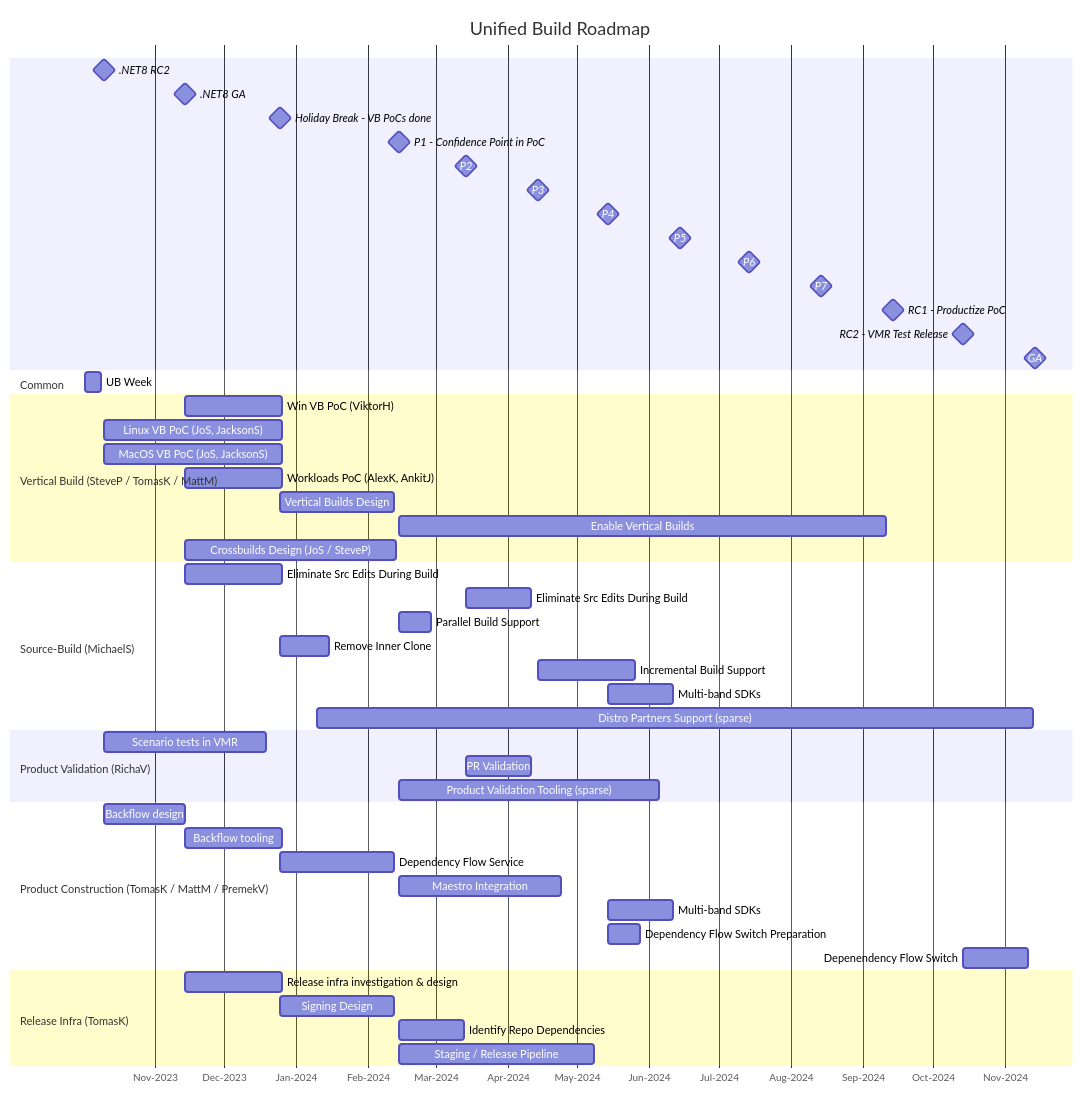
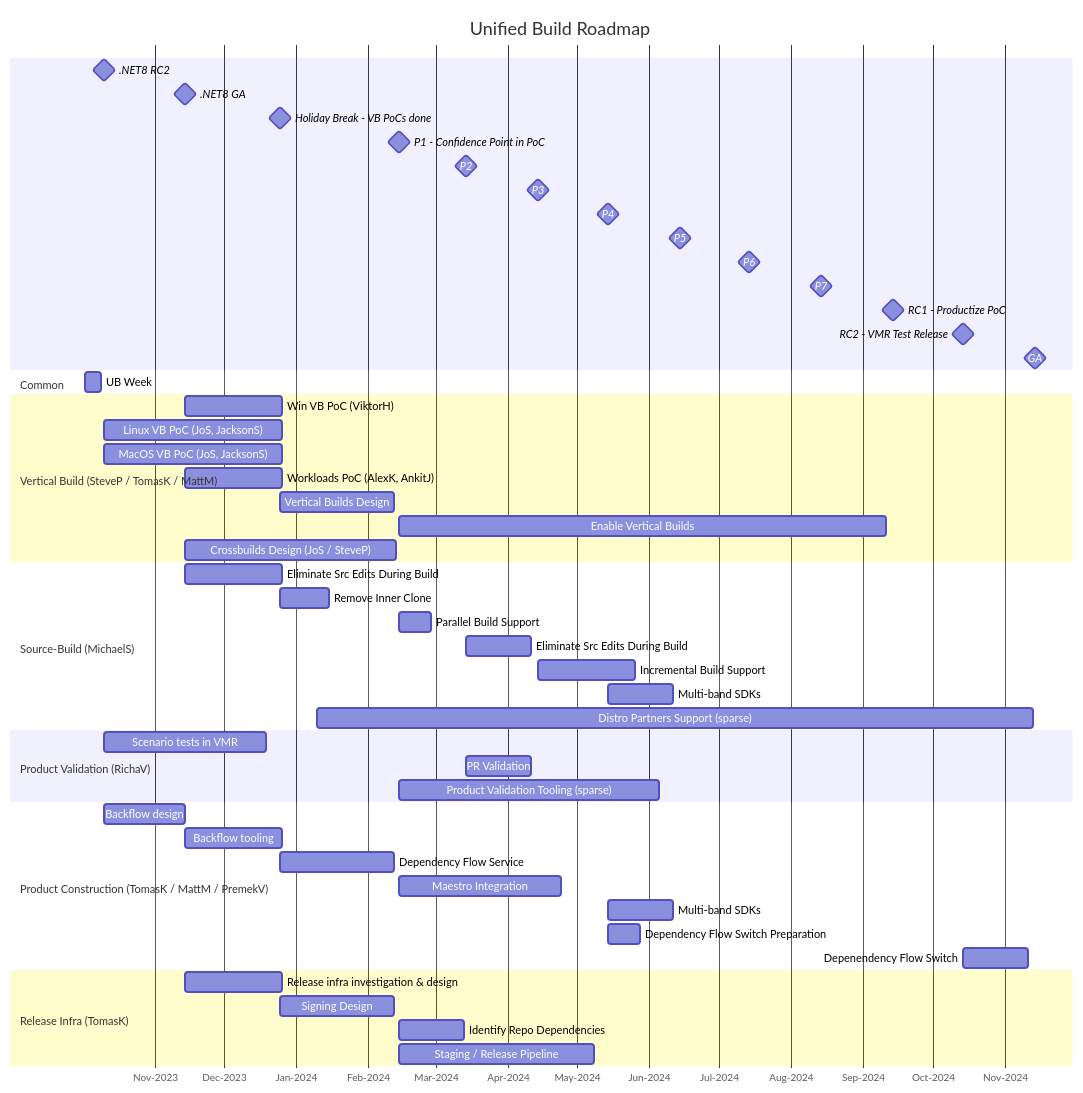
One commit to dotnet/arcade changed the diagram in Documentation/UnifiedBuild/UB-Roadmap.md. Above: the diagram before and after it, drawn with Mermaid.

Commit message:
UB Roadmap - SB normalization

````diff
--- a/Documentation/UnifiedBuild/UB-Roadmap.md
+++ b/Documentation/UnifiedBuild/UB-Roadmap.md
@@ -3,63 +3,62 @@
 ```mermaid
 
 gantt
     title Unified Build Roadmap
     axisFormat %b-%Y
     .NET8 RC2: milestone, net8-rc2, 2023-10-10, 0
     .NET8 GA: milestone, net8-ga, 2023-11-14, 0
     Holiday Break - VB PoCs done: milestone, holiday, 2023-12-25, 0
     %% delta between Holiday and P1 is 7w
     %% the release dates are all 14th so that the task lengths can be expressed in whole weeks and still match the preview points
     P1 - Confidence Point in PoC: milestone, net9-p1, 2024-02-14, 0
     P2: milestone, net9-p2, 2024-03-14, 0
     P3: milestone, net9-p3, 2024-04-14, 0
     P4: milestone, net9-p4, 2024-05-14, 0
     P5: milestone, net9-p5, 2024-06-14, 0
     P6: milestone, net9-p6, 2024-07-14, 0
     P7: milestone, net9-p7, 2024-08-14, 0
     RC1 - Productize PoC: milestone, net9-rc1, 2024-09-14, 0
     RC2 - VMR Test Release: milestone, net9-rc2, 2024-10-14, 0
     GA: milestone, net9-ga, 2024-11-14, 0
 
     section Common
         UB Week: ub-week, 2023-10-02, 1w
 
     section Vertical Build (SteveP / TomasK / MattM)
         Win VB PoC (ViktorH): after net8-ga, 6w
         Linux VB PoC (JoS, JacksonS): after net8-rc2, 11w
         MacOS VB PoC (JoS, JacksonS): after net8-rc2, 11w
         Workloads PoC (AlexK, AnkitJ): after net8-ga, 6w
         Vertical Builds Design: after holiday, 7w
         Enable Vertical Builds: after net9-p1, 30w
         Crossbuilds Design (JoS / SteveP): after net8-ga, 13w
 
     section Source-Build (MichaelS)
         Eliminate Src Edits During Build: after net8-ga, 6w
+        Remove Inner Clone: after holiday, 3w
+        Parallel Build Support: after net9-p1, 2w
         Eliminate Src Edits During Build: after net9-p2, 4w
-        Parallel Build Support: after net9-p1, 2w
-        Remove Inner Clone: after holiday, 3w
         Incremental Build Support: after net9-p3, 6w
         Multi-band SDKs: after net9-p4, 4w
         Distro Partners Support (sparse): after holidays, 44w
-
 
     section Product Validation (RichaV)
         Scenario tests in VMR: after net8-rc2, 10w
         PR Validation: after net9-p2, 4w
         Product Validation Tooling (sparse): after net9-p1, 16w
 
     section Product Construction (TomasK / MattM / PremekV)
         Backflow design: after net8-rc2, 5w
         Backflow tooling: after net8-ga, 6w
         Dependency Flow Service: after holiday, 7w
         Maestro Integration: after net9-p1, 10w
         Multi-band SDKs: after net9-p4, 4w
         Dependency Flow Switch Preparation: after net9-p4, 2w
         Depenendency Flow Switch: after net9-rc2, 4w
 
     section Release Infra (TomasK)
         Release infra investigation & design: after net8-ga, 6w
         Signing Design: after holiday, 7w
         Identify Repo Dependencies: after net9-p1, 4w
         Staging / Release Pipeline: after net9-p1, 12w
 ```
````
